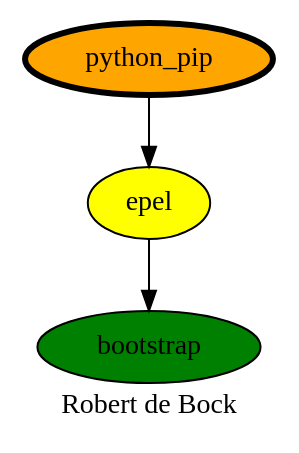
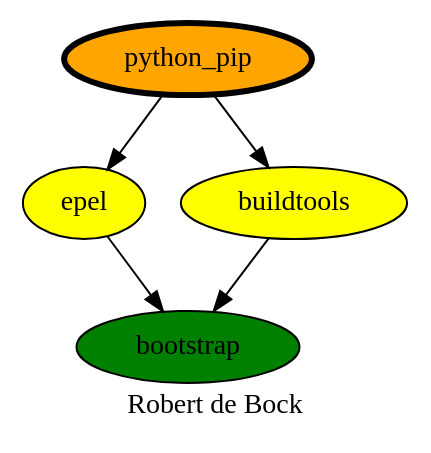
The diagram in python-pip.dot (robertdebock/drawings), drawn with Graphviz before and after one commit.

Commit message:
Adding buildtools for Alpine.

```diff
--- a/python-pip.dot
+++ b/python-pip.dot
@@ -1,11 +1,12 @@
 digraph PhiloDilemma {
   label = "Robert de Bock" ;
   overlap=false
   {
     bootstrap [fillcolor=green style=filled]
     epel [fillcolor=yellow style=filled]
+    buildtools [fillcolor=yellow style=filled]
     "python_pip" [fillcolor=orange style=filled penwidth=3]
   }
-  epel -> bootstrap
-  "python_pip" -> epel
+  {buildtools epel} -> bootstrap
+  "python_pip" -> {buildtools epel}
 }
```
